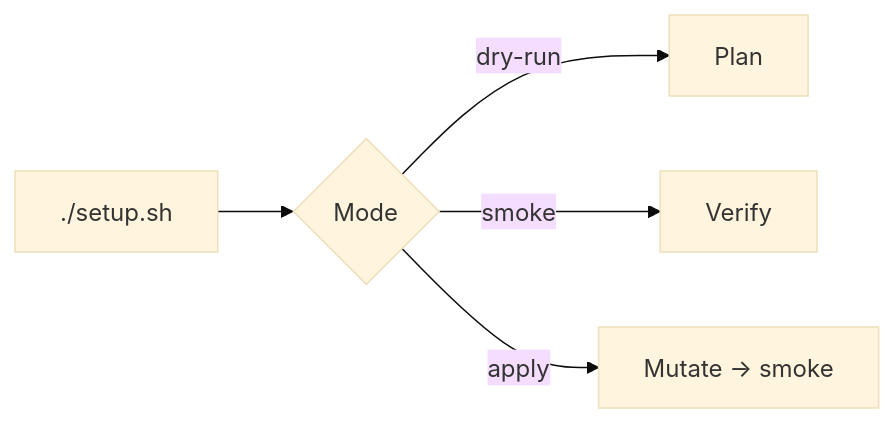
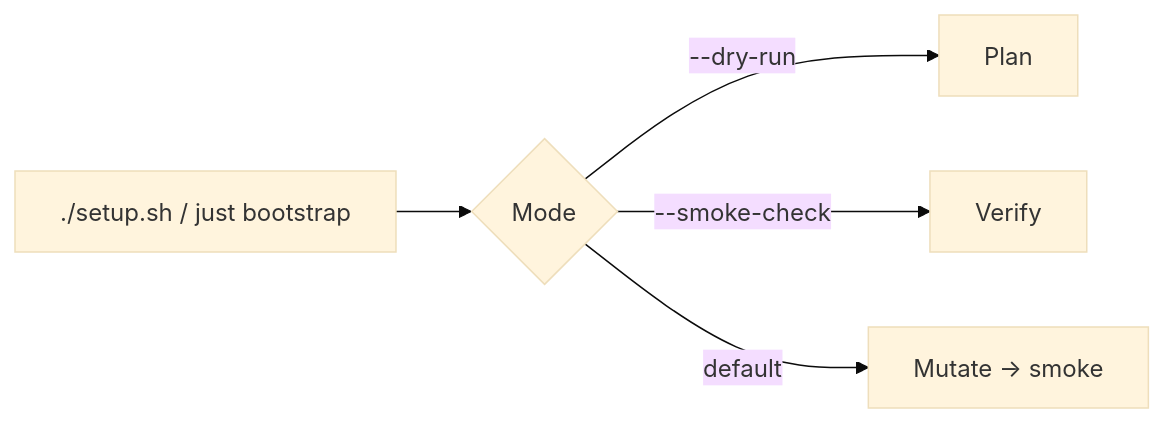
Before and after one commit to wyattowalsh/dotfiles: the diagram in docs/content/docs/linux-setup.mdx, drawn with Mermaid (base theme). The commit also changed other lines of this file and 8 other files, not shown here.

First line of the commit message:
docs: Wave 1 runbooks vs live bootstrap and just check

````diff
--- a/docs/content/docs/linux-setup.mdx
+++ b/docs/content/docs/linux-setup.mdx
@@ -21,7 +24,7 @@
 ```mermaid
 flowchart LR
-  A["./setup.sh"] --> B{Mode}
-  B -->|dry-run| C[Plan]
-  B -->|smoke| D[Verify]
-  B -->|apply| E[Mutate → smoke]
+  A["./setup.sh / just bootstrap"] --> B{Mode}
+  B -->|--dry-run| C[Plan]
+  B -->|--smoke-check| D[Verify]
+  B -->|default| E[Mutate → smoke]
 ```
````
